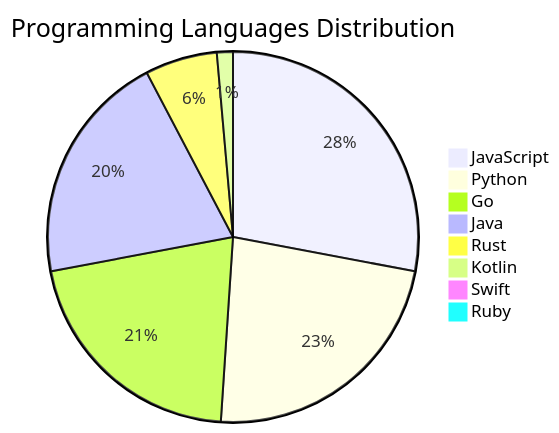
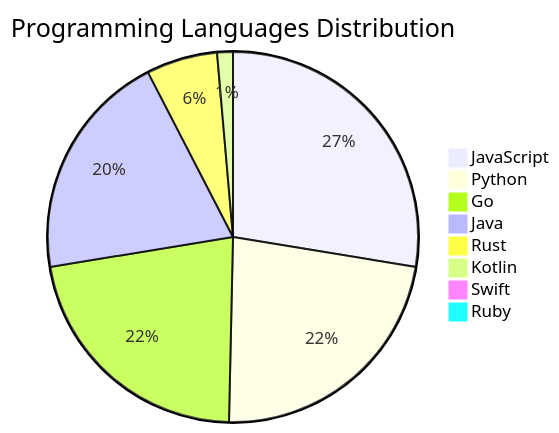
One commit to Derrick-MUGISHA/github-activity-bot changed the diagram in README.md. Above: the diagram before and after it, drawn with Mermaid. The commit also changed other lines of this file and 4 other files, not shown here.

````diff
--- a/README.md
+++ b/README.md
@@ -211,11 +211,11 @@
 ```mermaid
 pie title Programming Languages Distribution
     "JavaScript" : 40
     "Python" : 33
-    "Go" : 30
+    "Go" : 32
     "Java" : 29
     "Rust" : 9
     "Kotlin" : 2
     "Swift" : 1
     "Ruby" : 1
 ```
````
